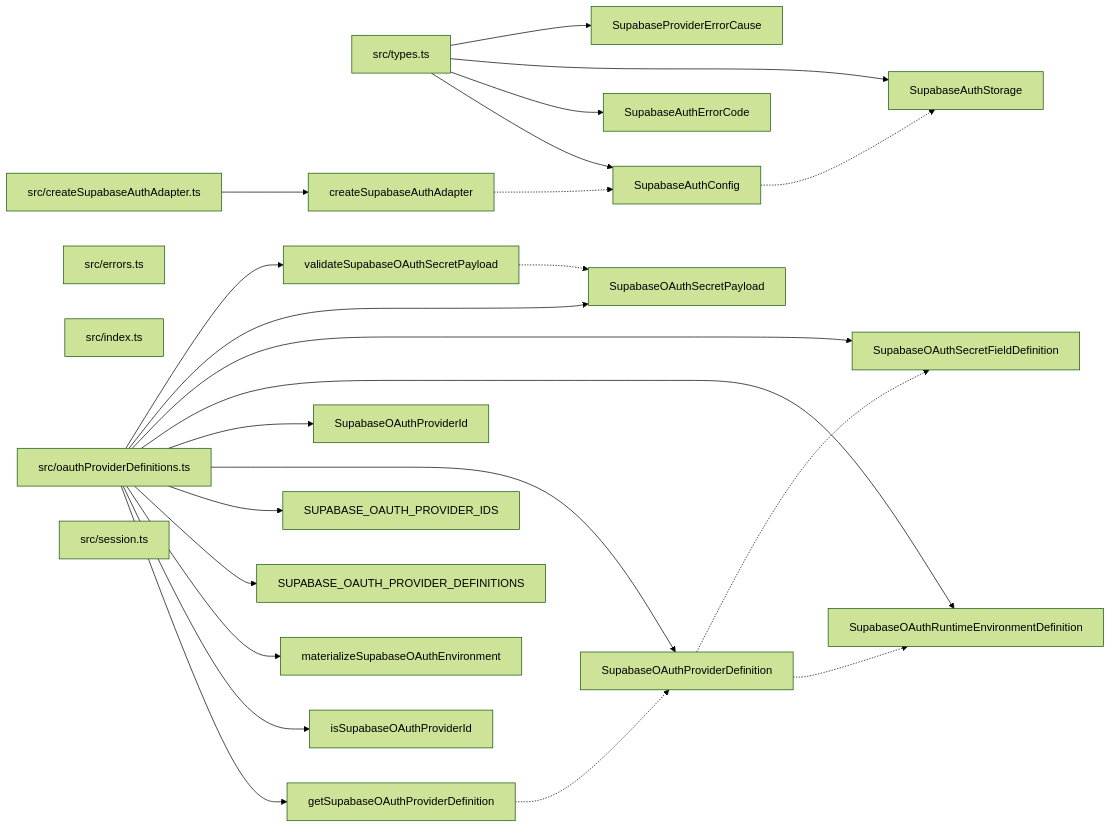
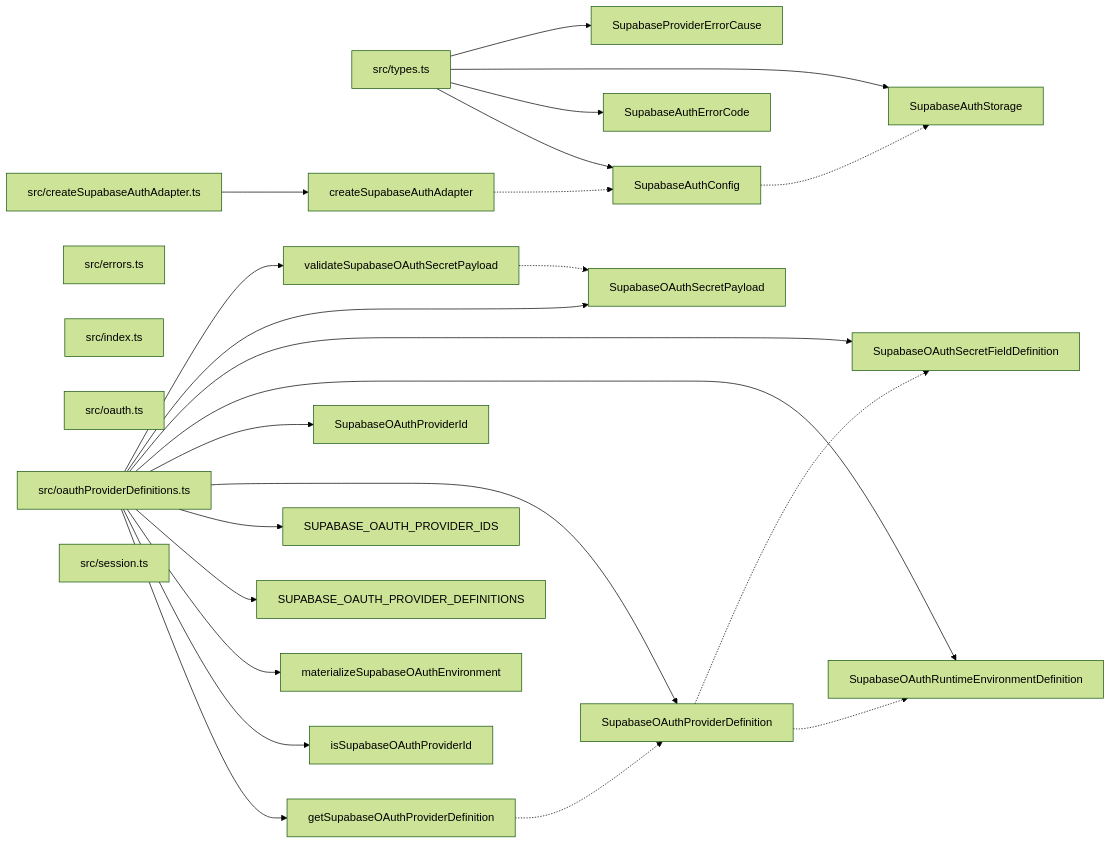
One commit to ankhorage/supabase-auth changed the diagram in paradox/diagrams/export-graph.mmd. Above: the diagram before and after it, drawn with Mermaid (forest theme). The commit also changed 10 other files, not shown here.

```diff
--- a/paradox/diagrams/export-graph.mmd
+++ b/paradox/diagrams/export-graph.mmd
@@ -1,45 +1,46 @@
 graph LR
   module_src_createSupabaseAuthAdapter_ts["src/createSupabaseAuthAdapter.ts"]
   module_src_errors_ts["src/errors.ts"]
   module_src_index_ts["src/index.ts"]
+  module_src_oauth_ts["src/oauth.ts"]
   module_src_oauthProviderDefinitions_ts["src/oauthProviderDefinitions.ts"]
   module_src_session_ts["src/session.ts"]
   module_src_types_ts["src/types.ts"]
   export_createSupabaseAuthAdapter["createSupabaseAuthAdapter"]
   module_src_createSupabaseAuthAdapter_ts --> export_createSupabaseAuthAdapter
   export_createSupabaseAuthAdapter -.-> export_SupabaseAuthConfig
   export_getSupabaseOAuthProviderDefinition["getSupabaseOAuthProviderDefinition"]
   module_src_oauthProviderDefinitions_ts --> export_getSupabaseOAuthProviderDefinition
   export_getSupabaseOAuthProviderDefinition -.-> export_SupabaseOAuthProviderDefinition
   export_isSupabaseOAuthProviderId["isSupabaseOAuthProviderId"]
   module_src_oauthProviderDefinitions_ts --> export_isSupabaseOAuthProviderId
   export_materializeSupabaseOAuthEnvironment["materializeSupabaseOAuthEnvironment"]
   module_src_oauthProviderDefinitions_ts --> export_materializeSupabaseOAuthEnvironment
   export_SUPABASE_OAUTH_PROVIDER_DEFINITIONS["SUPABASE_OAUTH_PROVIDER_DEFINITIONS"]
   module_src_oauthProviderDefinitions_ts --> export_SUPABASE_OAUTH_PROVIDER_DEFINITIONS
   export_SUPABASE_OAUTH_PROVIDER_IDS["SUPABASE_OAUTH_PROVIDER_IDS"]
   module_src_oauthProviderDefinitions_ts --> export_SUPABASE_OAUTH_PROVIDER_IDS
   export_SupabaseAuthConfig["SupabaseAuthConfig"]
   module_src_types_ts --> export_SupabaseAuthConfig
   export_SupabaseAuthConfig -.-> export_SupabaseAuthStorage
   export_SupabaseAuthErrorCode["SupabaseAuthErrorCode"]
   module_src_types_ts --> export_SupabaseAuthErrorCode
   export_SupabaseAuthStorage["SupabaseAuthStorage"]
   module_src_types_ts --> export_SupabaseAuthStorage
   export_SupabaseOAuthProviderDefinition["SupabaseOAuthProviderDefinition"]
   module_src_oauthProviderDefinitions_ts --> export_SupabaseOAuthProviderDefinition
   export_SupabaseOAuthProviderDefinition -.-> export_SupabaseOAuthRuntimeEnvironmentDefinition
   export_SupabaseOAuthProviderDefinition -.-> export_SupabaseOAuthSecretFieldDefinition
   export_SupabaseOAuthProviderId["SupabaseOAuthProviderId"]
   module_src_oauthProviderDefinitions_ts --> export_SupabaseOAuthProviderId
   export_SupabaseOAuthRuntimeEnvironmentDefinition["SupabaseOAuthRuntimeEnvironmentDefinition"]
   module_src_oauthProviderDefinitions_ts --> export_SupabaseOAuthRuntimeEnvironmentDefinition
   export_SupabaseOAuthSecretFieldDefinition["SupabaseOAuthSecretFieldDefinition"]
   module_src_oauthProviderDefinitions_ts --> export_SupabaseOAuthSecretFieldDefinition
   export_SupabaseOAuthSecretPayload["SupabaseOAuthSecretPayload"]
   module_src_oauthProviderDefinitions_ts --> export_SupabaseOAuthSecretPayload
   export_SupabaseProviderErrorCause["SupabaseProviderErrorCause"]
   module_src_types_ts --> export_SupabaseProviderErrorCause
   export_validateSupabaseOAuthSecretPayload["validateSupabaseOAuthSecretPayload"]
   module_src_oauthProviderDefinitions_ts --> export_validateSupabaseOAuthSecretPayload
   export_validateSupabaseOAuthSecretPayload -.-> export_SupabaseOAuthSecretPayload
```
